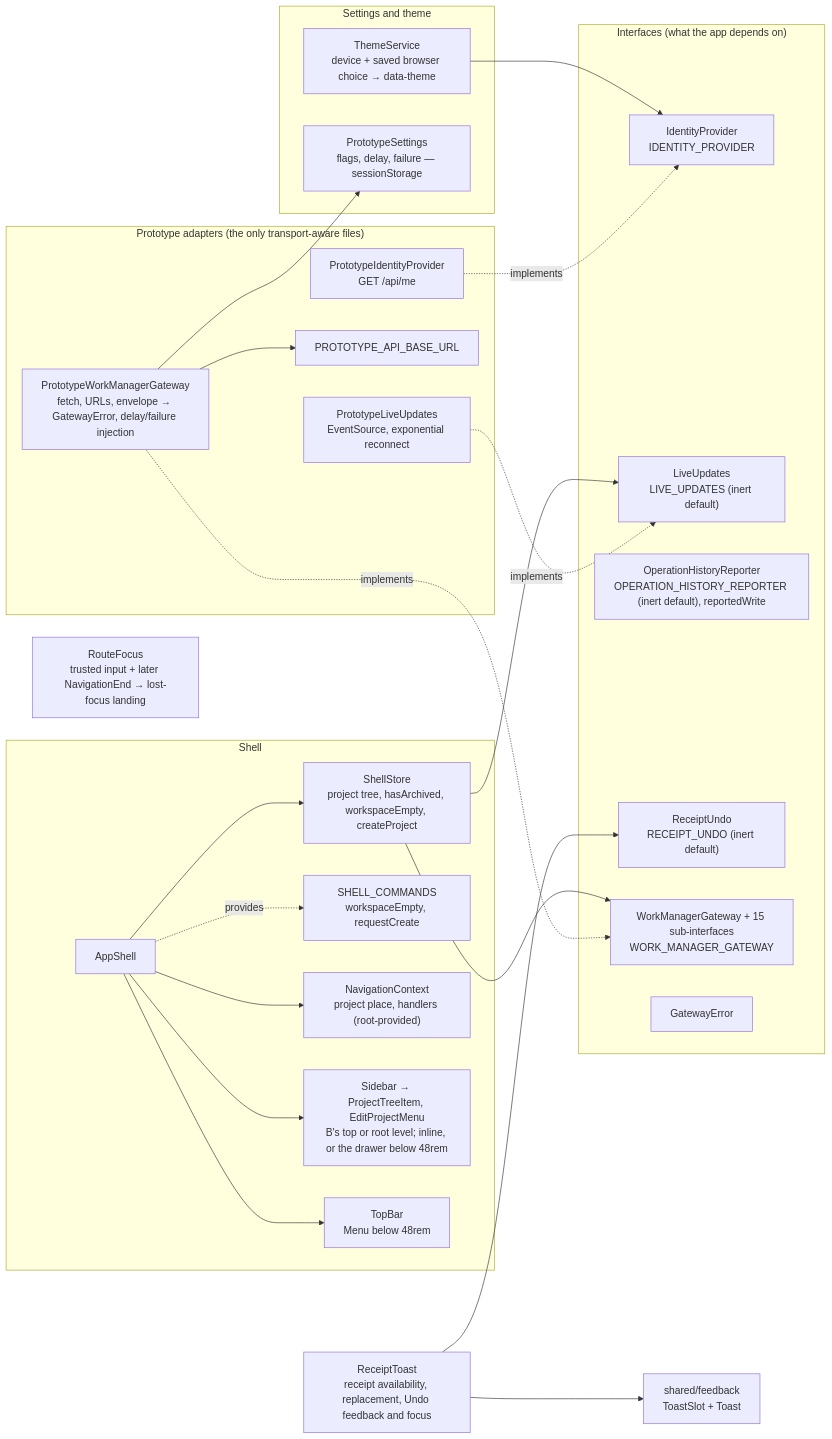
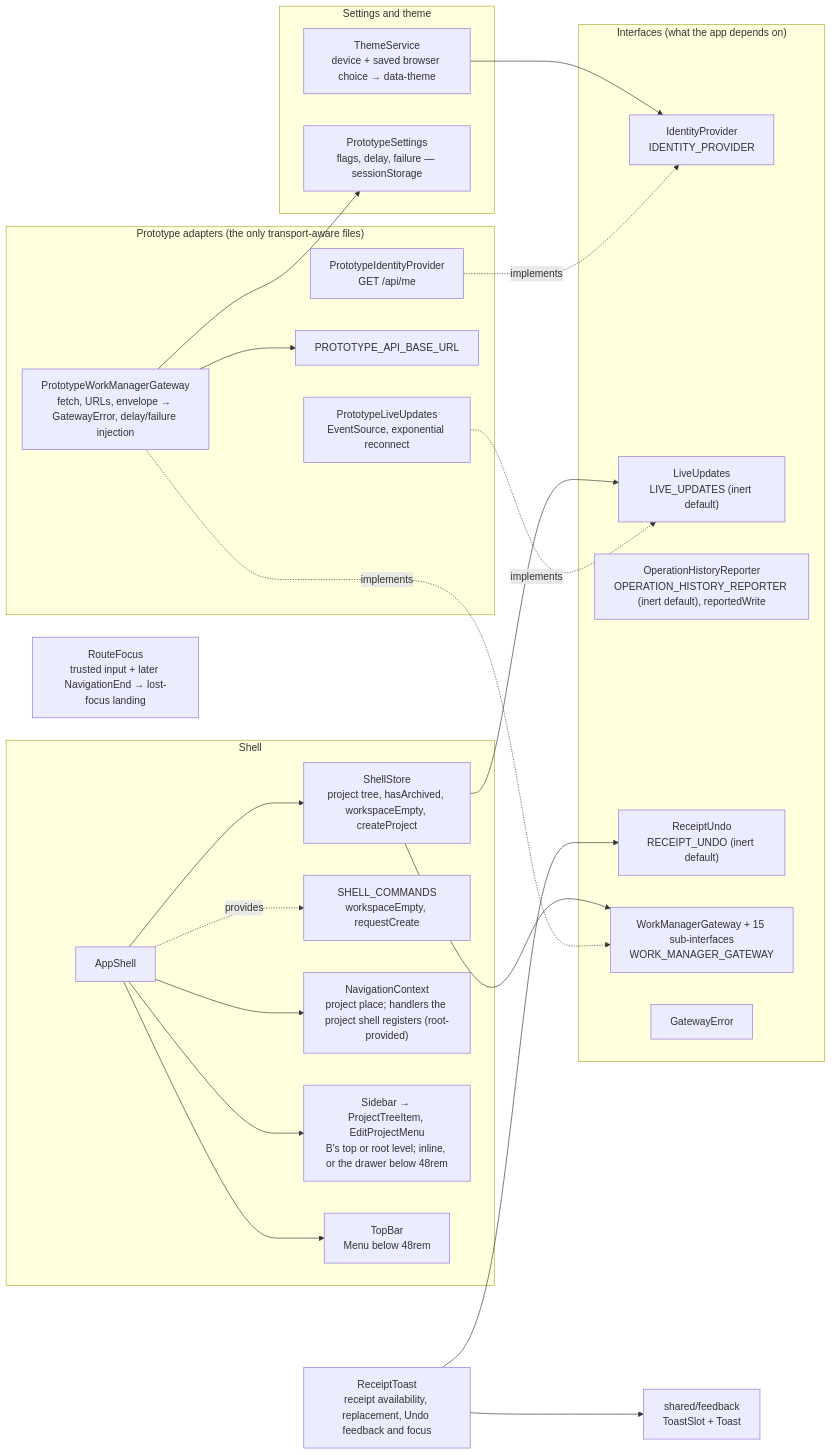
Before and after one commit to CalciteDragon/Canvas-work-manager-prototype: the first of 2 diagrams in docs/architecture/web/core/what.md, drawn with Mermaid. The commit also changed other lines of this file and 64 other files, not shown here.

First line of the commit message:
feat(slice 81): step 6 lifts move, with step 8's column deletion brought forward; More calls the navigation context; at 1,149.60 kB (§23, §26, §77)

````diff
--- a/docs/architecture/web/core/what.md
+++ b/docs/architecture/web/core/what.md
@@ -5,44 +5,44 @@
 ```mermaid
 flowchart LR
   subgraph ports["Interfaces (what the app depends on)"]
     id["IdentityProvider<br/>IDENTITY_PROVIDER"]
     lu["LiveUpdates<br/>LIVE_UPDATES (inert default)"]
     rep["OperationHistoryReporter<br/>OPERATION_HISTORY_REPORTER (inert default), reportedWrite"]
     undo["ReceiptUndo<br/>RECEIPT_UNDO (inert default)"]
     gw["WorkManagerGateway + 15 sub-interfaces<br/>WORK_MANAGER_GATEWAY"]
     err["GatewayError"]
   end
   subgraph adapters["Prototype adapters (the only transport-aware files)"]
     pid["PrototypeIdentityProvider<br/>GET /api/me"]
     pgw["PrototypeWorkManagerGateway<br/>fetch, URLs, envelope → GatewayError, delay/failure injection"]
     cfg["PROTOTYPE_API_BASE_URL"]
     plu["PrototypeLiveUpdates<br/>EventSource, exponential reconnect"]
   end
   subgraph settings["Settings and theme"]
     th["ThemeService<br/>device + saved browser choice → data-theme"]
     ps["PrototypeSettings<br/>flags, delay, failure — sessionStorage"]
   end
   routeFocus["RouteFocus<br/>trusted input + later NavigationEnd → lost-focus landing"]
   toast["ReceiptToast<br/>receipt availability, replacement, Undo feedback and focus"]
   slot["shared/feedback<br/>ToastSlot + Toast"]
   subgraph shell["Shell"]
     as["AppShell"]
     ss["ShellStore<br/>project tree, hasArchived, workspaceEmpty, createProject"]
     sc["SHELL_COMMANDS<br/>workspaceEmpty, requestCreate"]
-    nc["NavigationContext<br/>project place, handlers (root-provided)"]
+    nc["NavigationContext<br/>project place; handlers the project shell registers (root-provided)"]
     sb["Sidebar → ProjectTreeItem, EditProjectMenu<br/>B's top or root level; inline, or the drawer below 48rem"]
     tb["TopBar<br/>Menu below 48rem"]
   end
   pgw -. implements .-> gw
   pid -. implements .-> id
   plu -. implements .-> lu
   pgw --> cfg
   pgw --> ps
   as --> ss --> gw
   ss --> lu
   as --> sb & tb
   as --> nc
   as -. provides .-> sc
   th --> id
   toast --> undo & slot
 ```
````
